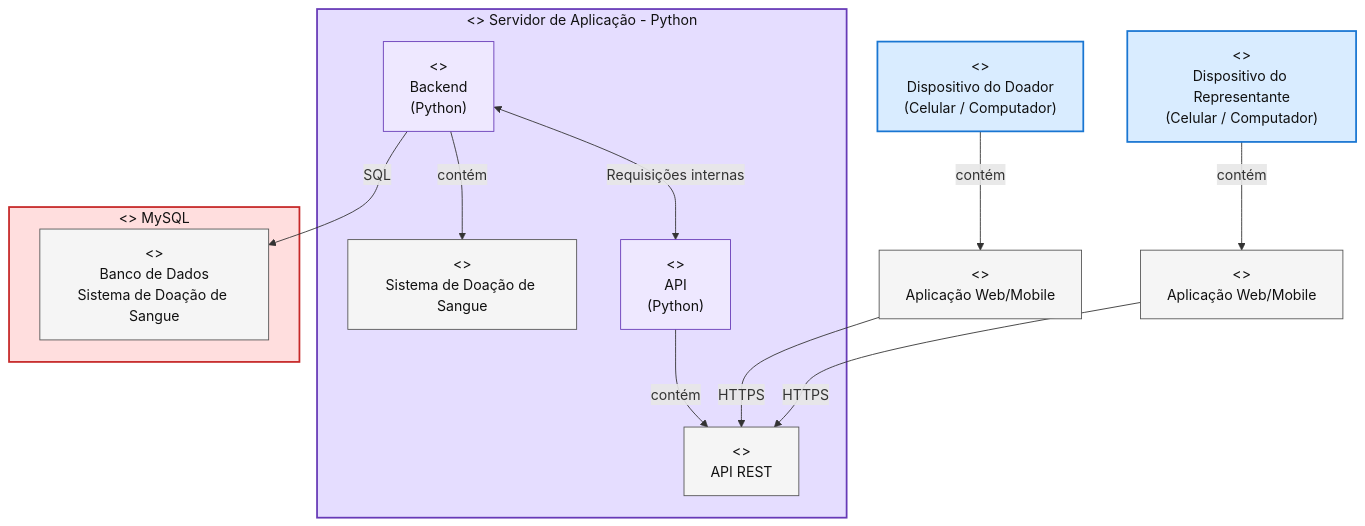
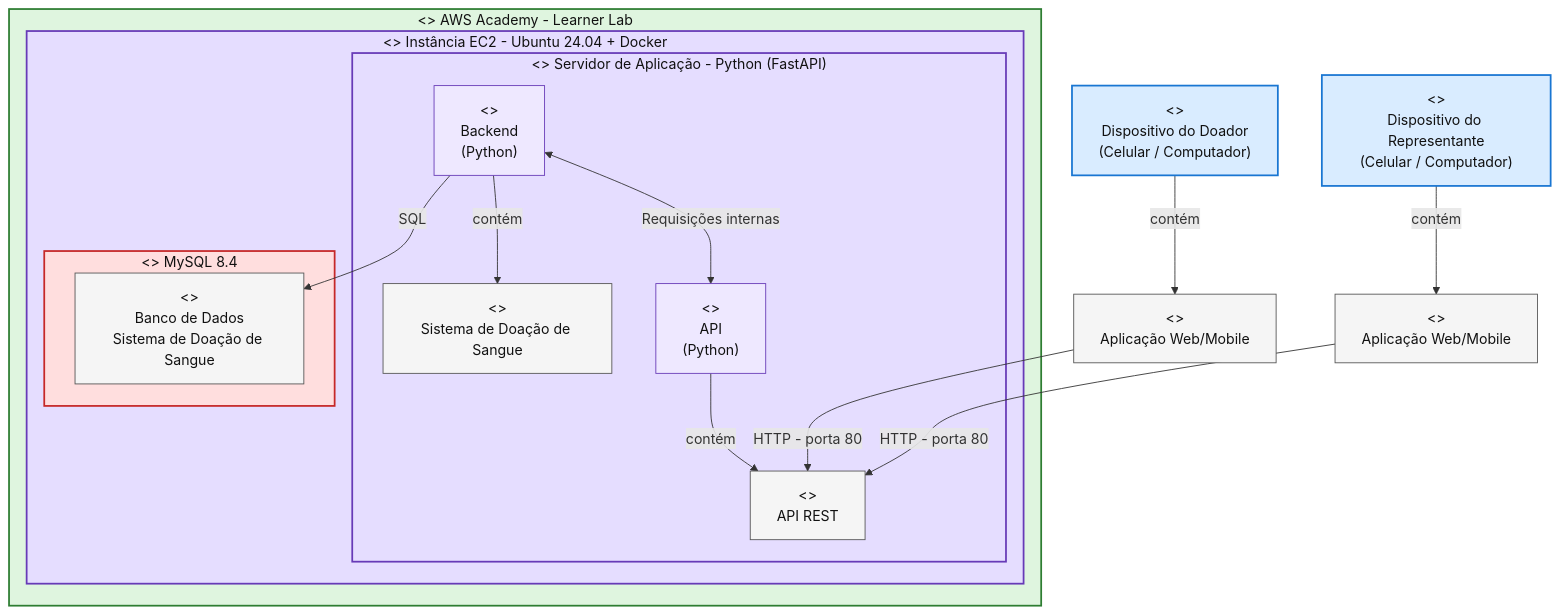
Before and after one commit to Derickin06/Projeto_doacao_de_sangue: the second of 3 diagrams in README.md, drawn with Mermaid. The commit also changed other lines of this file and 8 other files, not shown here.

Commit message:
Deploy no AWS Academy (EC2 + Docker)

````diff
--- a/README.md
+++ b/README.md
@@ -81,10 +85,17 @@
 
 
     %% =========================
+    %% AWS ACADEMY (LEARNER LAB)
+    %% =========================
+
+    subgraph AWS["<<cloud>> AWS Academy - Learner Lab"]
+    subgraph EC2["<<node>> Instância EC2 - Ubuntu 24.04 + Docker"]
+
+    %% =========================
     %% SERVIDOR DE APLICAÇÃO
     %% =========================
 
-    subgraph AppServer["<<node>> Servidor de Aplicação - Python"]
+    subgraph AppServer["<<container>> Servidor de Aplicação - Python (FastAPI)"]
 
         Backend["<<component>>\nBackend\n(Python)"]
         Sistema["<<artifact>>\nSistema de Doação de Sangue"]
@@ -103,8 +114,11 @@
     %% BANCO DE DADOS
     %% =========================
 
-    subgraph MySQL["<<database>> MySQL"]
+    subgraph MySQL["<<container>> MySQL 8.4"]
         Database["<<artifact>>\nBanco de Dados\nSistema de Doação de Sangue"]
+    end
+
+    end
     end
 
 
@@ -112,8 +126,8 @@
     %% CONEXÕES
     %% =========================
 
-    DoadorApp -->|HTTPS| APIREST
-    RepresentanteApp -->|HTTPS| APIREST
+    DoadorApp -->|HTTP - porta 80| APIREST
+    RepresentanteApp -->|HTTP - porta 80| APIREST
 
     Backend -->|SQL| Database
 
@@ -132,6 +146,8 @@
     class Doador,Representante device
     class AppServer server
     class MySQL database
+    class AWS cloud
+    class EC2 server
     class DoadorApp,RepresentanteApp,Sistema,APIREST,Database artifact
     class Backend,API component
 ```
````
